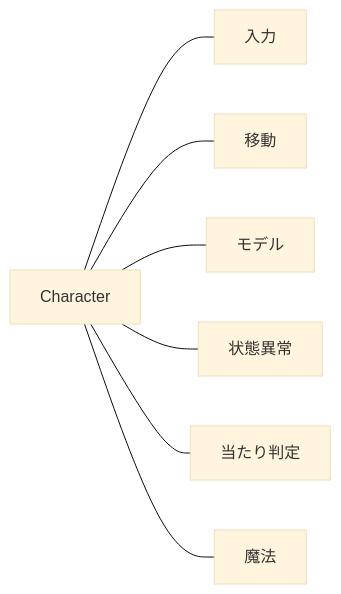
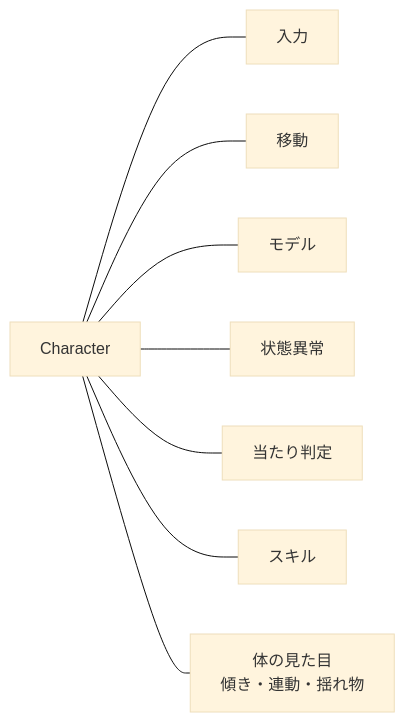
One commit to hirota-ryuki/Action changed the second of 4 diagrams in Action/docs/ゲーム/キャラクター/キャラクターの構成.md. Above: the diagram before and after it, drawn with Mermaid (base theme). The commit also changed other lines of this file and 7 other files, not shown here.

````diff
--- a/Action/docs/ゲーム/キャラクター/キャラクターの構成.md
+++ b/Action/docs/ゲーム/キャラクター/キャラクターの構成.md
@@ -31,9 +31,10 @@
 ```mermaid
 flowchart LR
     C[Character] --- I[入力]
     C --- M[移動]
     C --- MD[モデル]
     C --- SE[状態異常]
     C --- H[当たり判定]
-    C --- MC[魔法]
+    C --- MC[スキル]
+    C --- BD["体の見た目<br/>傾き・連動・揺れ物"]
 ```
````
